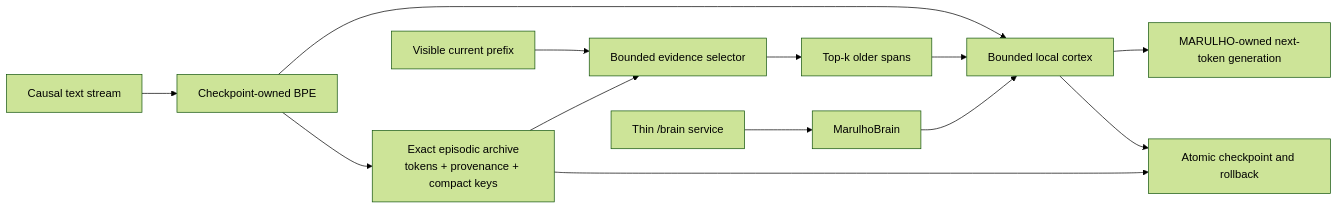
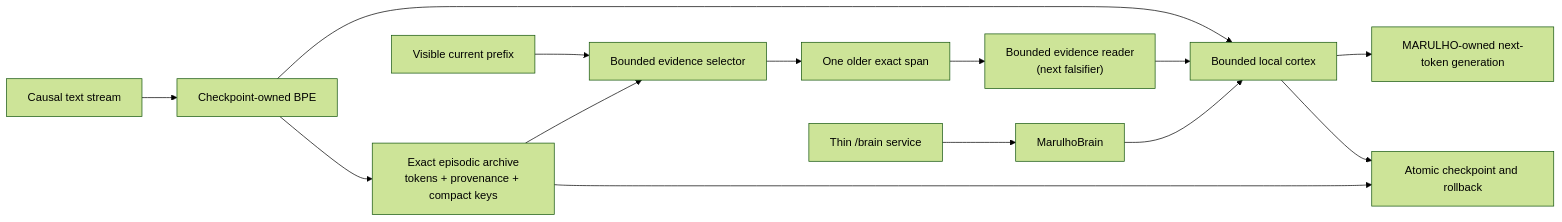
One commit to Tuafo/MARULHO changed the diagram in README.md. Above: the diagram before and after it, drawn with Mermaid (forest theme). The commit also changed other lines of this file and 6 other files, not shown here.

````diff
--- a/README.md
+++ b/README.md
@@ -30,15 +31,16 @@
 ```mermaid
 flowchart LR
     Stream["Causal text stream"] --> Tok["Checkpoint-owned BPE"]
     Tok --> Local["Bounded local cortex"]
     Tok --> Archive["Exact episodic archive<br/>tokens + provenance + compact keys"]
     Prefix["Visible current prefix"] --> Select["Bounded evidence selector"]
     Archive --> Select
-    Select --> Evidence["Top-k older spans"]
-    Evidence --> Local
+    Select --> Evidence["One older exact span"]
+    Evidence --> Reader["Bounded evidence reader<br/>(next falsifier)"]
+    Reader --> Local
     Local --> Output["MARULHO-owned next-token generation"]
     Local --> Save["Atomic checkpoint and rollback"]
     Archive --> Save
     Brain["MarulhoBrain"] --> Local
     Service["Thin /brain service"] --> Brain
 ```
````
